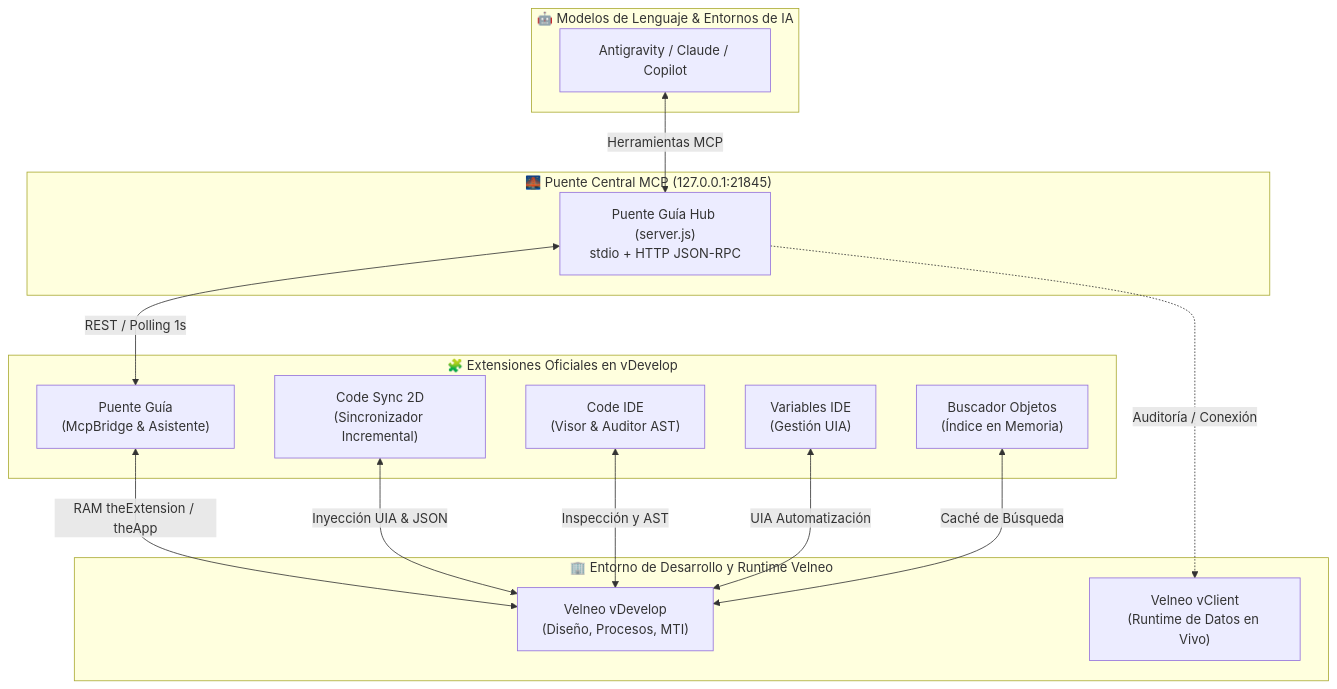
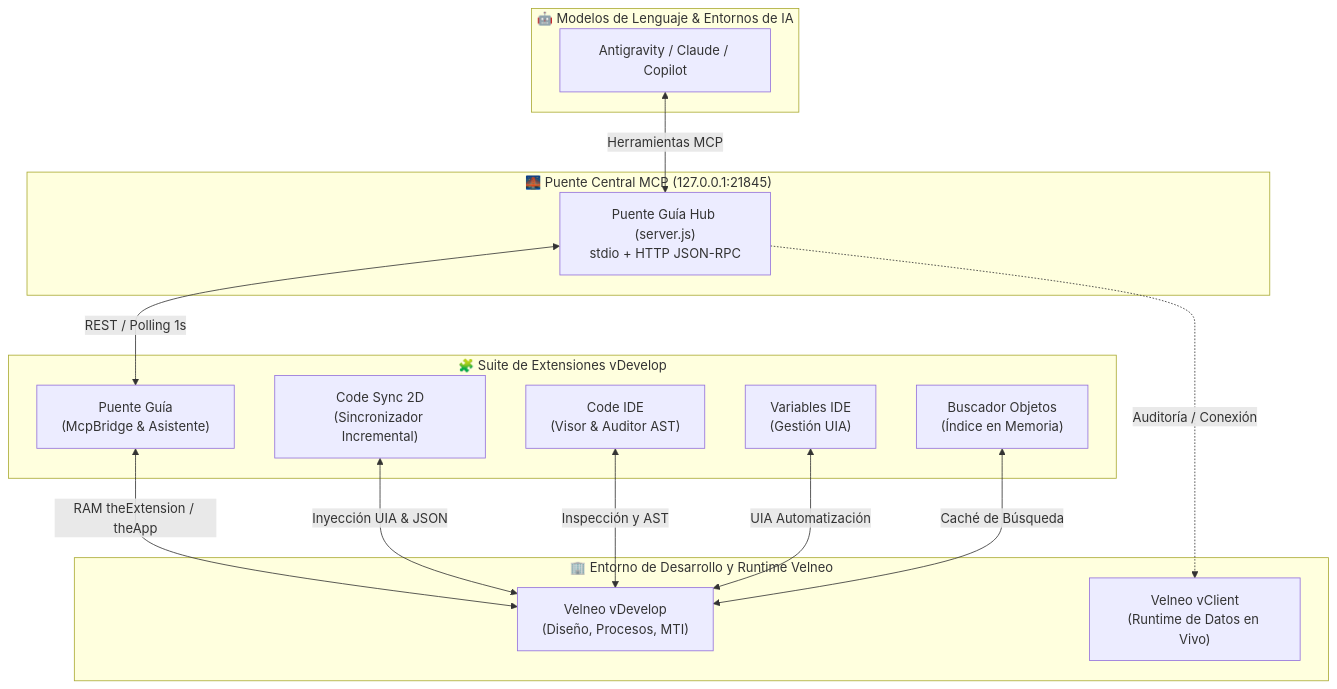
The diagram in profile/README.md (RubiconVelneoExtensions/.github), drawn with Mermaid before and after one commit. The commit also changed other lines of this file, not shown here.

````diff
--- a/profile/README.md
+++ b/profile/README.md
@@ -25,32 +31,32 @@
 ```mermaid
 flowchart TD
     subgraph IA ["🤖 Modelos de Lenguaje & Entornos de IA"]
         LLM["Antigravity / Claude / Copilot"]
     end
 
     subgraph Hub ["🌉 Puente Central MCP (127.0.0.1:21845)"]
         MCP["Puente Guía Hub (server.js)<br/>stdio + HTTP JSON-RPC"]
     end
 
-    subgraph Extensions ["🧩 Extensiones Oficiales en vDevelop"]
+    subgraph Extensions ["🧩 Suite de Extensiones vDevelop"]
         PG["Puente Guía<br/>(McpBridge & Asistente)"]
         CS["Code Sync 2D<br/>(Sincronizador Incremental)"]
         CI["Code IDE<br/>(Visor & Auditor AST)"]
         VI["Variables IDE<br/>(Gestión UIA)"]
         BO["Buscador Objetos<br/>(Índice en Memoria)"]
     end
 
     subgraph Velneo ["🏢 Entorno de Desarrollo y Runtime Velneo"]
         VD["Velneo vDevelop<br/>(Diseño, Procesos, MTI)"]
         VC["Velneo vClient<br/>(Runtime de Datos en Vivo)"]
     end
 
     LLM <-->|Herramientas MCP| MCP
     MCP <-->|REST / Polling 1s| PG
     PG <-->|RAM theExtension / theApp| VD
     CS <-->|Inyección UIA & JSON| VD
     CI <-->|Inspección y AST| VD
     VI <-->|UIA Automatización| VD
     BO <-->|Caché de Búsqueda| VD
     MCP -.->|Auditoría / Conexión| VC
 ```
````
